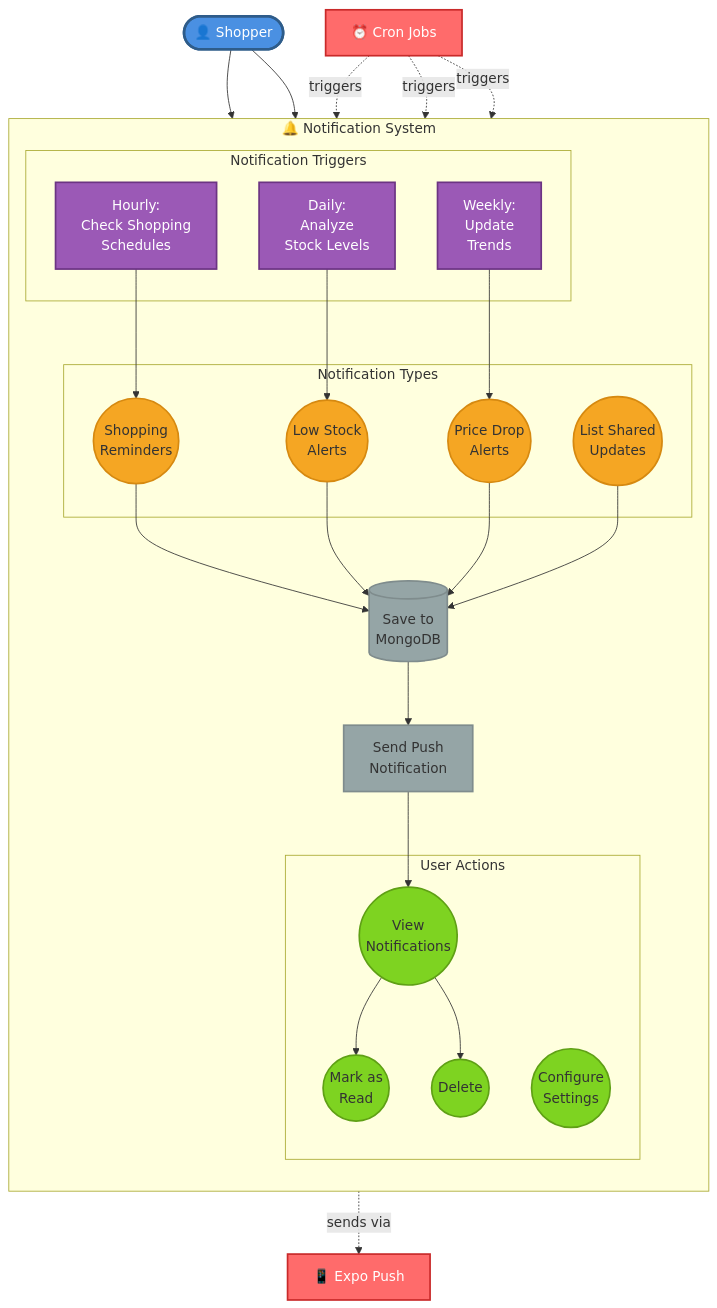
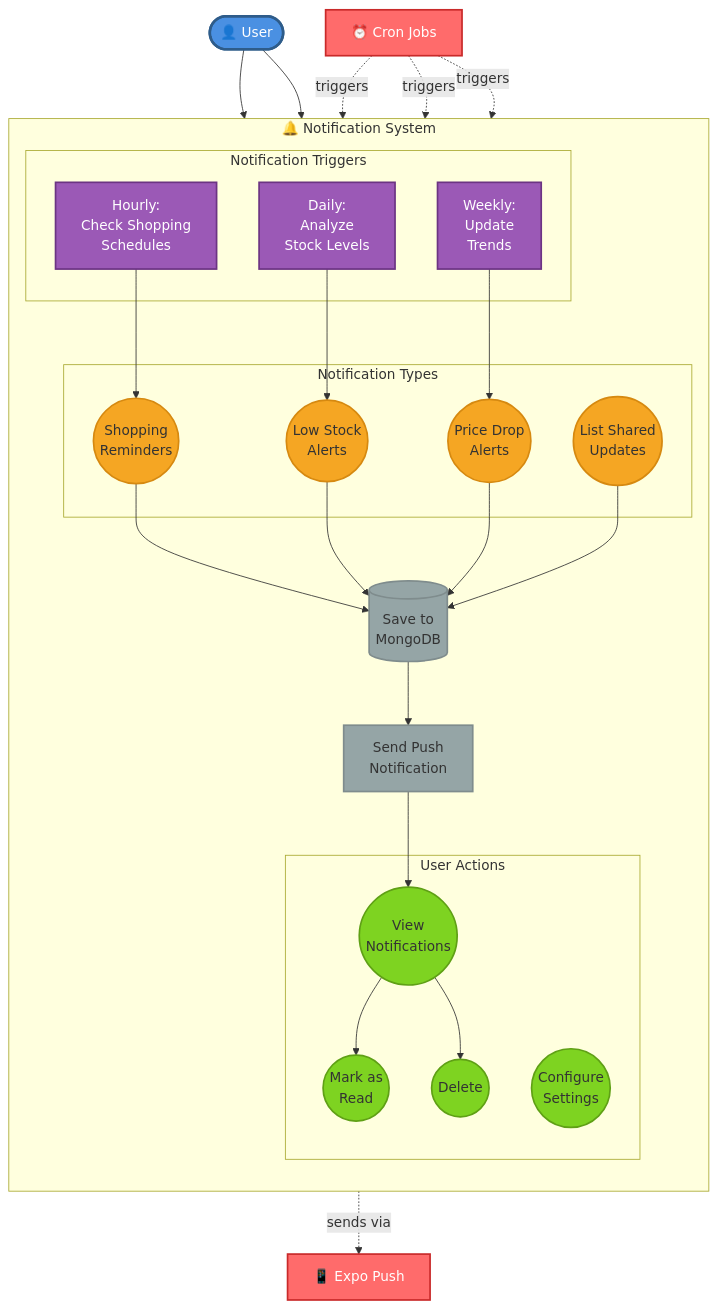
Before and after one commit to MessiahRailey-29/CapstoneProject: the fifth of 6 diagrams in docs/USE_CASE_DIAGRAM.md, drawn with Mermaid. The commit also changed other lines of this file, not shown here.

First line of the commit message:
Simplify use case diagrams to use single User actor

````diff
--- a/docs/USE_CASE_DIAGRAM.md
+++ b/docs/USE_CASE_DIAGRAM.md
@@ -301,71 +283,71 @@
 ```mermaid
 flowchart TB
-    %% Actors
-    Shopper([👤 Shopper])
+    %% Actor
+    User([👤 User])
     CronJobs[⏰ Cron Jobs]
     ExpoPush[📱 Expo Push]
 
     subgraph NOTIF["🔔 Notification System"]
         direction TB
 
         subgraph TRIGGERS["Notification Triggers"]
             T1[Hourly:<br/>Check Shopping<br/>Schedules]
             T2[Daily:<br/>Analyze<br/>Stock Levels]
             T3[Weekly:<br/>Update<br/>Trends]
         end
 
         subgraph TYPES["Notification Types"]
             UC52((Shopping<br/>Reminders))
             UC53((Low Stock<br/>Alerts))
             N1((Price Drop<br/>Alerts))
             N2((List Shared<br/>Updates))
         end
 
         subgraph USER["User Actions"]
             UC50((View<br/>Notifications))
             UC51((Configure<br/>Settings))
             MarkRead((Mark as<br/>Read))
             Delete((Delete))
         end
 
         T1 --> UC52
         T2 --> UC53
         T3 --> N1
 
         UC52 --> SaveDB[(Save to<br/>MongoDB)]
         UC53 --> SaveDB
         N1 --> SaveDB
         N2 --> SaveDB
 
         SaveDB --> SendPush[Send Push<br/>Notification]
         SendPush --> UC50
 
         UC50 --> MarkRead
         UC50 --> Delete
     end
 
     %% Connections
-    Shopper --> UC50
-    Shopper --> UC51
+    User --> UC50
+    User --> UC51
 
     CronJobs -.->|triggers| T1
     CronJobs -.->|triggers| T2
     CronJobs -.->|triggers| T3
 
     SendPush -.->|sends via| ExpoPush
 
     %% Styling
     classDef actorStyle fill:#4A90E2,stroke:#2E5C8A,stroke-width:3px,color:#fff
     classDef systemStyle fill:#FF6B6B,stroke:#C92A2A,stroke-width:2px,color:#fff
     classDef triggerStyle fill:#9B59B6,stroke:#6C3483,stroke-width:2px,color:#fff
     classDef notifStyle fill:#F5A623,stroke:#D68910,stroke-width:2px
     classDef userStyle fill:#7ED321,stroke:#5FA015,stroke-width:2px
     classDef dbStyle fill:#95A5A6,stroke:#7F8C8D,stroke-width:2px
 
-    class Shopper actorStyle
+    class User actorStyle
     class CronJobs,ExpoPush systemStyle
     class T1,T2,T3 triggerStyle
     class UC52,UC53,N1,N2 notifStyle
     class UC50,UC51,MarkRead,Delete userStyle
     class SaveDB,SendPush dbStyle
 ```
````
